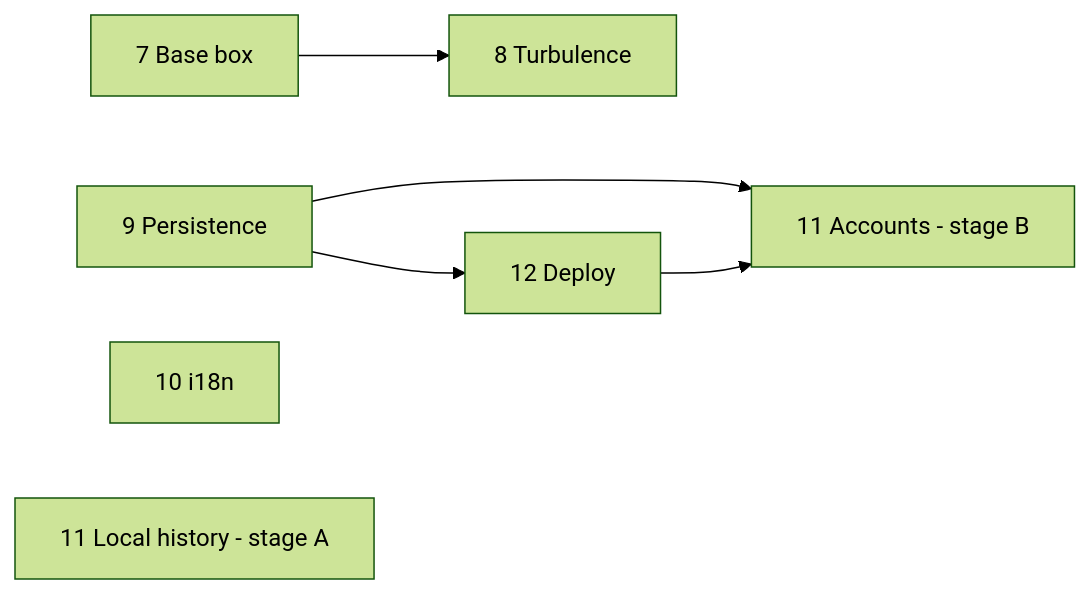
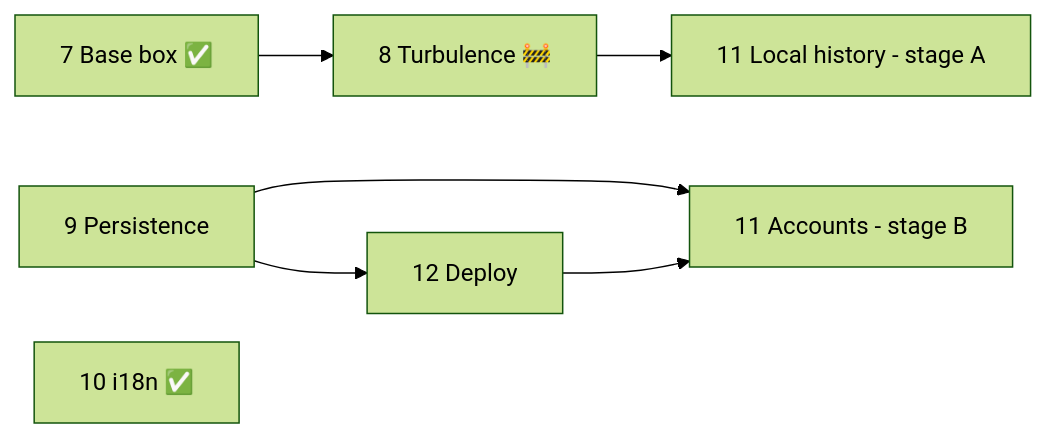
The diagram in docs/PLAN.md (thawmisntme4081/boardgame), drawn with Mermaid (forest theme) before and after one commit. The commit also changed other lines of this file and 57 other files, not shown here.

````diff
--- a/docs/PLAN.md
+++ b/docs/PLAN.md
@@ -51,9 +51,9 @@
 ```mermaid
 flowchart LR
-  P7[7 Base box] --> P8[8 Turbulence]
+  P7[7 Base box ✅] --> P8[8 Turbulence 🚧]
   P9[9 Persistence] --> P11B[11 Accounts - stage B]
   P9 --> P12[12 Deploy]
   P12 --> P11B
-  P10[10 i18n]
-  P11A[11 Local history - stage A]
+  P10[10 i18n ✅]
+  P8 --> P11A[11 Local history - stage A]
 ```
````
